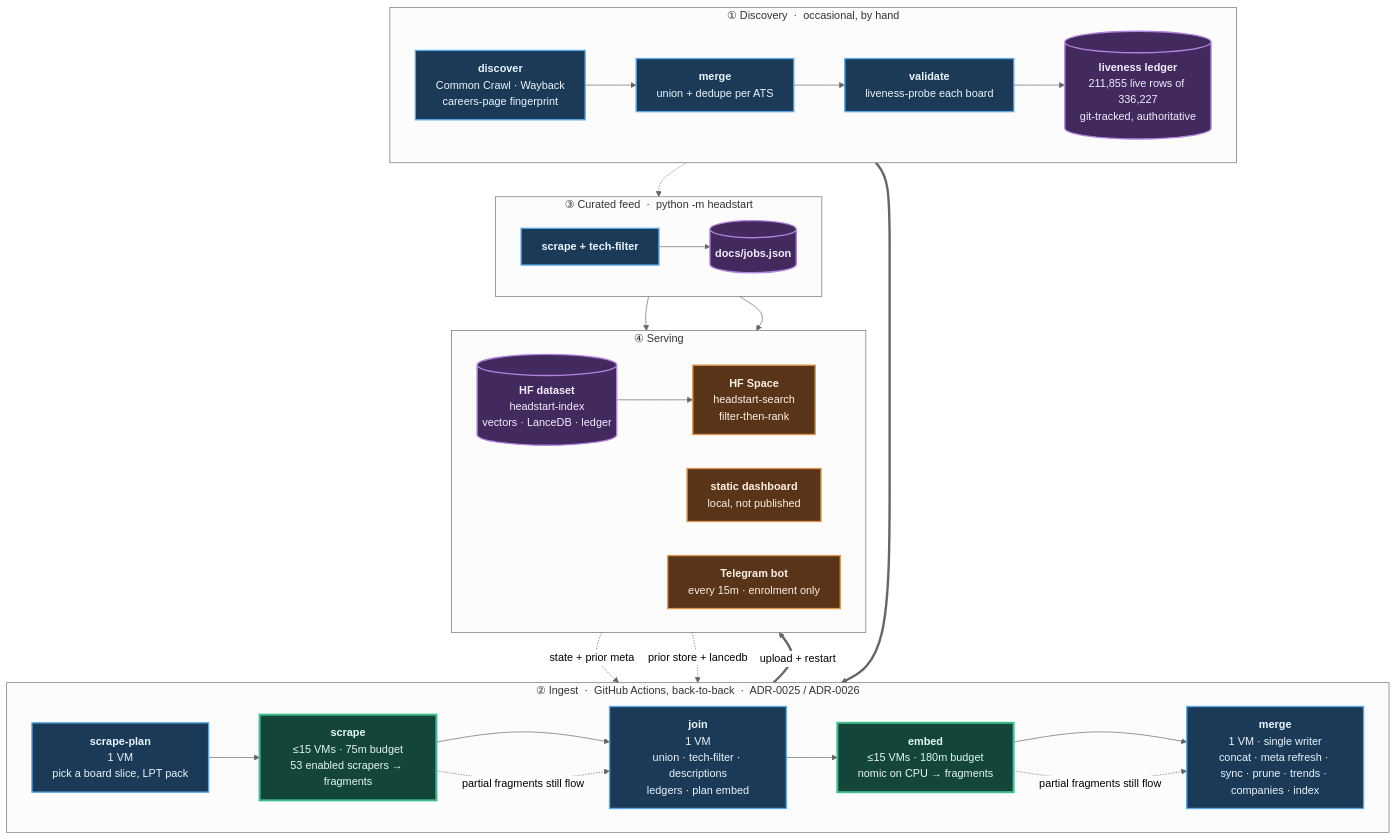
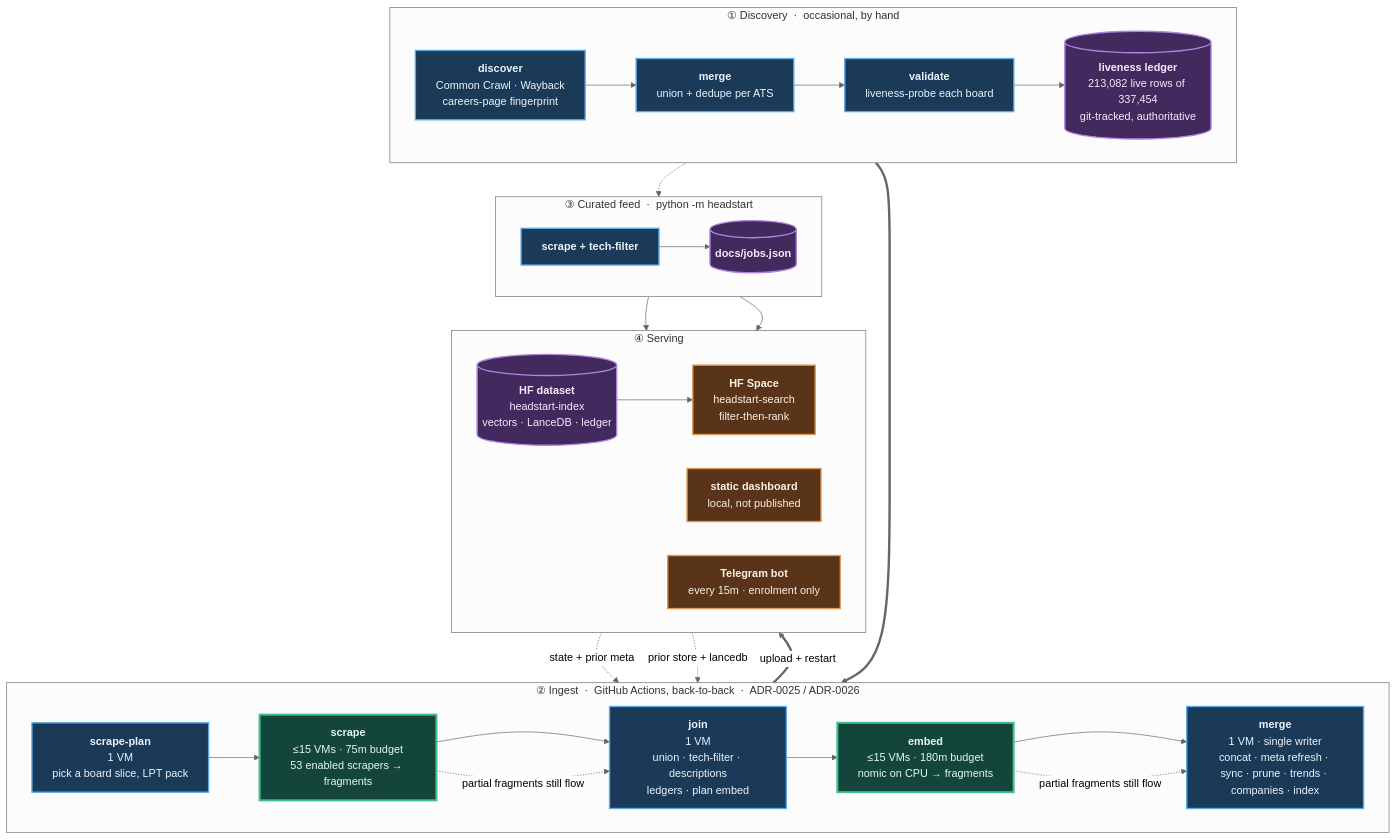
One commit to sarthakjain004/headstart changed the diagram in README.md. Above: the diagram before and after it, drawn with Mermaid (neutral theme). The commit also changed other lines of this file and 13 other files, not shown here.

````diff
--- a/README.md
+++ b/README.md
@@ -185,56 +185,56 @@
 ```mermaid
 flowchart TB
     subgraph D["① Discovery &nbsp;·&nbsp; occasional, by hand"]
         direction LR
         D1["<b>discover</b><br/>Common Crawl · Wayback<br/>careers-page fingerprint"]
         D2["<b>merge</b><br/>union + dedupe per ATS"]
         D3["<b>validate</b><br/>liveness-probe each board"]
-        D4[("<b>liveness ledger</b><br/>211,855 live rows of 336,227<br/>git-tracked, authoritative")]
+        D4[("<b>liveness ledger</b><br/>213,082 live rows of 337,454<br/>git-tracked, authoritative")]
         D1 --> D2 --> D3 --> D4
     end
 
     subgraph P["② Ingest &nbsp;·&nbsp; GitHub Actions, back-to-back &nbsp;·&nbsp; ADR-0025 / ADR-0026"]
         direction LR
         P1["<b>scrape-plan</b><br/>1 VM<br/>pick a board slice, LPT pack"]
         P2["<b>scrape</b><br/>≤15 VMs · 75m budget<br/>53 enabled scrapers → fragments"]
         P3["<b>join</b><br/>1 VM<br/>union · tech-filter · descriptions<br/>ledgers · plan embed"]
         P4["<b>embed</b><br/>≤15 VMs · 180m budget<br/>nomic on CPU → fragments"]
         P5["<b>merge</b><br/>1 VM · single writer<br/>concat · meta refresh · sync · prune · trends · companies · index"]
         P1 --> P2 --> P3 --> P4 --> P5
     end
 
     subgraph F["③ Curated feed &nbsp;·&nbsp; python -m headstart"]
         direction LR
         F1["<b>scrape + tech-filter</b>"]
         F2[("<b>docs/jobs.json</b>")]
         F1 --> F2
     end
 
     subgraph S["④ Serving"]
         direction LR
         S1[("<b>HF dataset</b><br/>headstart-index<br/>vectors · LanceDB · ledger")]
         S2["<b>HF Space</b><br/>headstart-search<br/>filter-then-rank"]
         S3["<b>static dashboard</b><br/>local, not published"]
         S4["<b>Telegram bot</b><br/>every 15m · enrolment only"]
         S1 --> S2
     end
 
     D4 ==> P1
     S1 -. "state + prior meta" .-> P1
     S1 -. "prior store + lancedb" .-> P5
     D4 -.-> F1
     P5 ==>|"upload + restart"| S1
     F2 --> S3
     F2 --> S4
     P2 -. "partial fragments still flow" .-> P3
     P4 -. "partial fragments still flow" .-> P5
 
     classDef serial fill:#1b3a57,stroke:#5aa9e6,stroke-width:2px,color:#eaf4fc
     classDef fan fill:#14453a,stroke:#3fbf8f,stroke-width:3px,color:#e4f7f0
     classDef store fill:#42295e,stroke:#b184dd,stroke-width:2px,color:#f4ecfc
     classDef serve fill:#5a3418,stroke:#e09a4f,stroke-width:2px,color:#fbf1e6
     class D1,D2,D3,P1,P3,P5,F1 serial
     class P2,P4 fan
     class D4,F2,S1 store
     class S2,S3,S4 serve
 ```
````
